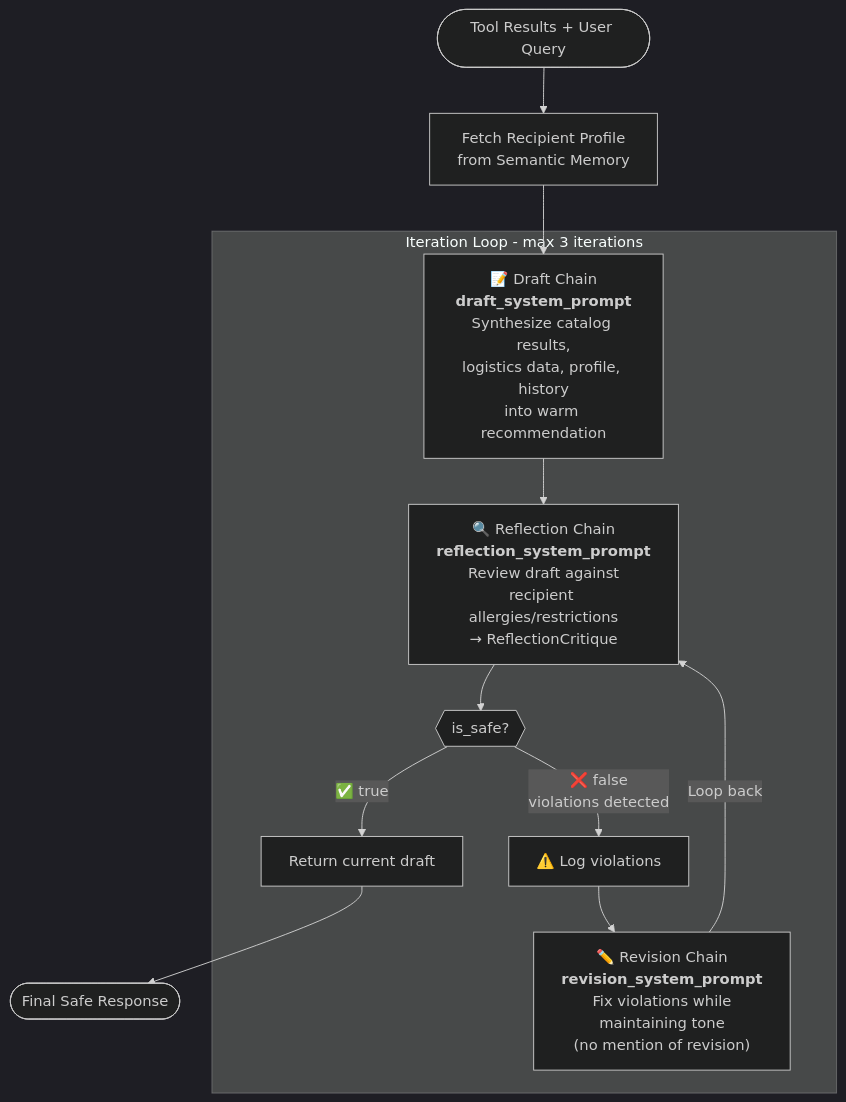
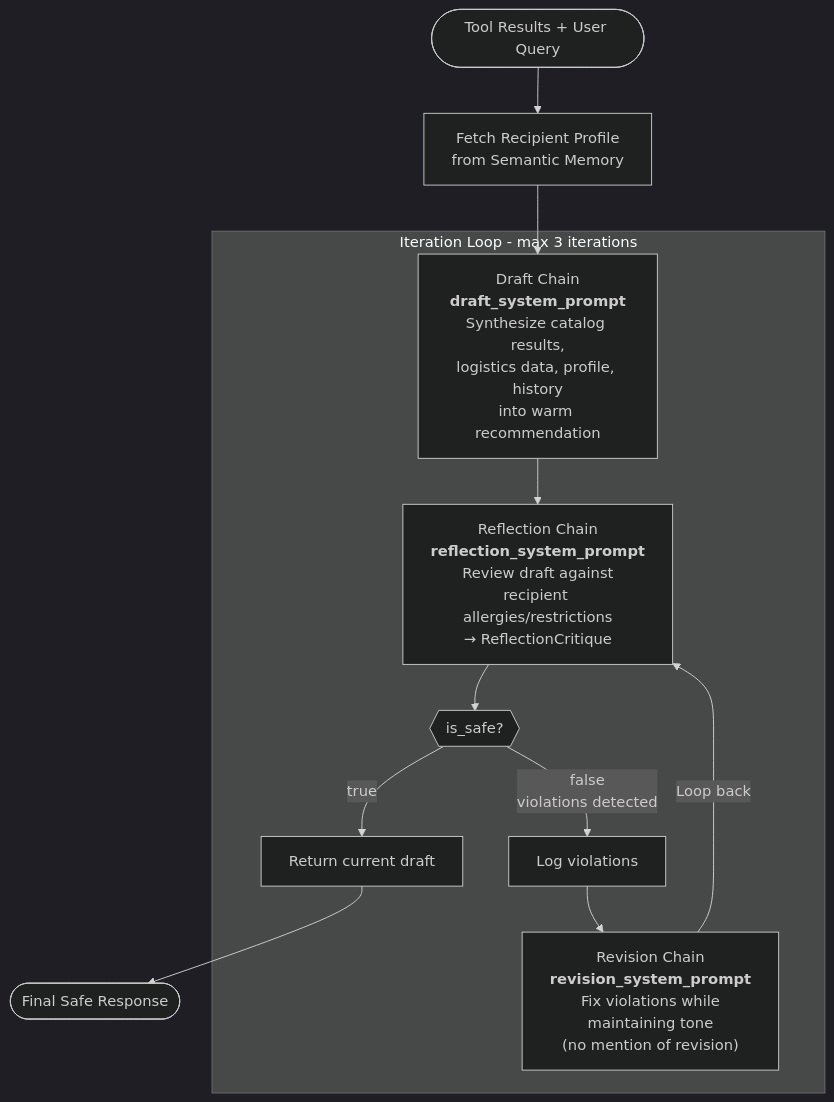
The fourth of 11 diagrams in ARCHITECTURE.md (AsinduDeSilva/kapruka-gift-concierge), drawn with Mermaid (dark theme) before and after one commit. The commit also changed other lines of this file and 3 other files, not shown here.

````diff
--- a/ARCHITECTURE.md
+++ b/ARCHITECTURE.md
@@ -188,23 +188,23 @@
 ```mermaid
 flowchart TD
     START(["Tool Results + User Query"]) --> FETCH_PROFILE["Fetch Recipient Profile<br/>from Semantic Memory"]
     
     FETCH_PROFILE --> DRAFT_CHAIN
 
     subgraph "Iteration Loop - max 3 iterations"
-        DRAFT_CHAIN["📝 Draft Chain<br/><b>draft_system_prompt</b><br/>Synthesize catalog results,<br/>logistics data, profile, history<br/>into warm recommendation"]
+        DRAFT_CHAIN["Draft Chain<br/><b>draft_system_prompt</b><br/>Synthesize catalog results,<br/>logistics data, profile, history<br/>into warm recommendation"]
         
-        DRAFT_CHAIN --> REFLECT_CHAIN["🔍 Reflection Chain<br/><b>reflection_system_prompt</b><br/>Review draft against<br/>recipient allergies/restrictions<br/>→ ReflectionCritique"]
+        DRAFT_CHAIN --> REFLECT_CHAIN["Reflection Chain<br/><b>reflection_system_prompt</b><br/>Review draft against<br/>recipient allergies/restrictions<br/>→ ReflectionCritique"]
         
         REFLECT_CHAIN --> CHECK{{"is_safe?"}}
         
-        CHECK -->|"✅ true"| RETURN["Return current draft"]
-        CHECK -->|"❌ false<br/>violations detected"| LOG_WARN["⚠️ Log violations"]
+        CHECK -->|"true"| RETURN["Return current draft"]
+        CHECK -->|"false<br/>violations detected"| LOG_WARN["Log violations"]
         
-        LOG_WARN --> REVISE_CHAIN["✏️ Revision Chain<br/><b>revision_system_prompt</b><br/>Fix violations while<br/>maintaining tone<br/>(no mention of revision)"]
+        LOG_WARN --> REVISE_CHAIN["Revision Chain<br/><b>revision_system_prompt</b><br/>Fix violations while<br/>maintaining tone<br/>(no mention of revision)"]
         
         REVISE_CHAIN -->|"Loop back"| REFLECT_CHAIN
     end
     
     RETURN --> END(["Final Safe Response"])
 ```
````
